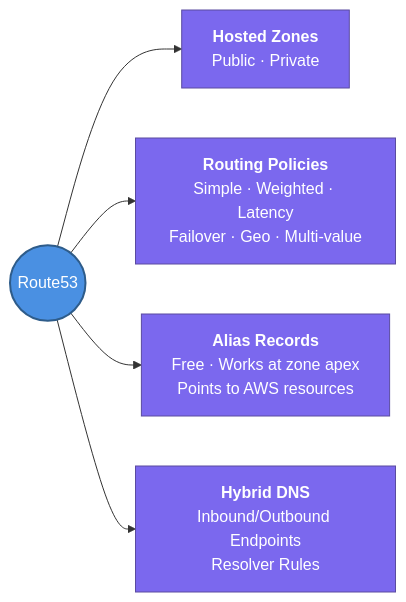
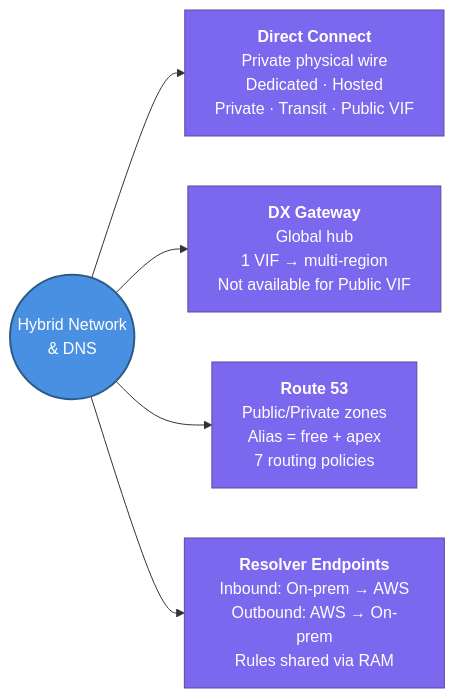
Diagram 16 of 16 in Knowledge Base/AWS/5. Route53 & Hybrid DNS.md (madhankumar866/cloud-engineering-vault), drawn with Mermaid before and after one commit. The commit also changed other lines of this file and 16 other files, not shown here.

Commit message:
feat: expand AWS VPC documentation, add notes for RAM, Flow Logs, and PrivateLink, and refactor subnet guidelines

````diff
--- a/Knowledge Base/AWS/5. Route53 & Hybrid DNS.md
+++ b/Knowledge Base/AWS/5. Route53 & Hybrid DNS.md
@@ -76,13 +412,13 @@
 ```mermaid
 flowchart LR
-    R53((Route53))
-    R53 --> HZ["<b>Hosted Zones</b><br/>Public · Private"]
-    R53 --> RT["<b>Routing Policies</b><br/>Simple · Weighted · Latency<br/>Failover · Geo · Multi-value"]
-    R53 --> AL["<b>Alias Records</b><br/>Free · Works at zone apex<br/>Points to AWS resources"]
-    R53 --> HY["<b>Hybrid DNS</b><br/>Inbound/Outbound Endpoints<br/>Resolver Rules"]
+    HYB((Hybrid Network<br/>& DNS))
+    HYB --> DX["<b>Direct Connect</b><br/>Private physical wire<br/>Dedicated · Hosted<br/>Private · Transit · Public VIF"]
+    HYB --> DXGW["<b>DX Gateway</b><br/>Global hub<br/>1 VIF → multi-region<br/>Not available for Public VIF"]
+    HYB --> R53["<b>Route 53</b><br/>Public/Private zones<br/>Alias = free + apex<br/>7 routing policies"]
+    HYB --> EP["<b>Resolver Endpoints</b><br/>Inbound: On-prem → AWS<br/>Outbound: AWS → On-prem<br/>Rules shared via RAM"]
 
     classDef root fill:#4A90E2,stroke:#2E5C8A,color:#fff,stroke-width:2px
     classDef node fill:#7B68EE,stroke:#5A4BA0,color:#fff
-    class R53 root
-    class HZ,RT,AL,HY node
+    class HYB root
+    class DX,DXGW,R53,EP node
 ```
````
